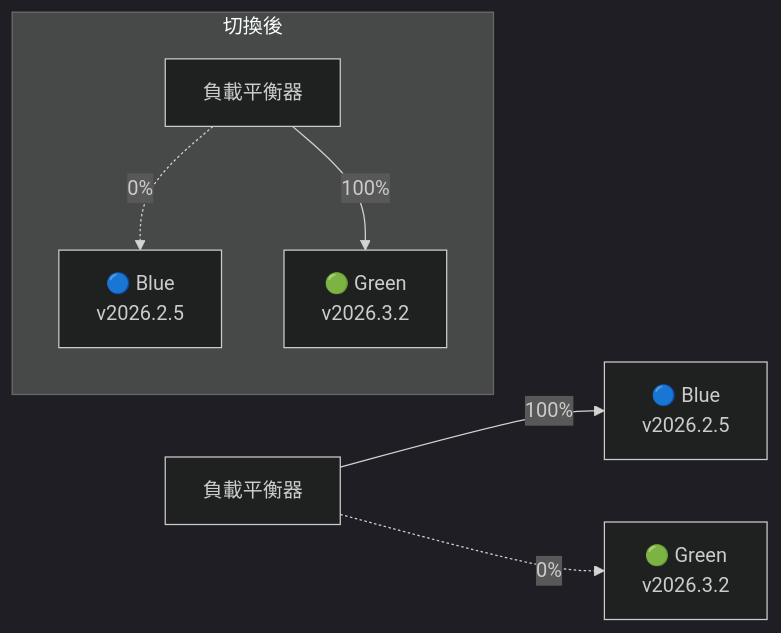
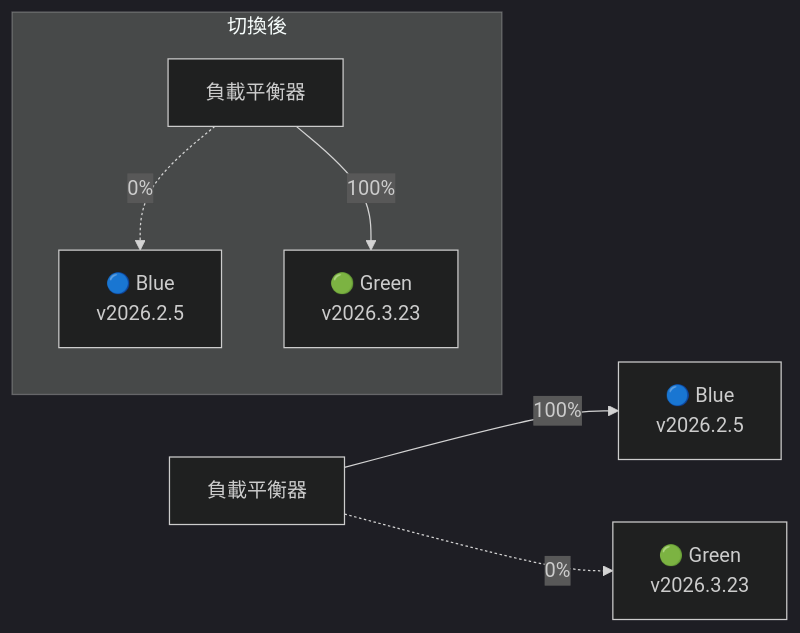
Diagram 36 of 51 in content/posts/教學/AI開發/OpenClaw生態系教學手冊.md (chihhung/Blog), drawn with Mermaid (dark theme) before and after one commit. The commit also changed other lines of this file, not shown here.

````diff
--- a/content/posts/教學/AI開發/OpenClaw生態系教學手冊.md
+++ b/content/posts/教學/AI開發/OpenClaw生態系教學手冊.md
@@ -5941,10 +6111,10 @@
 ```mermaid
 flowchart LR
     LB[負載平衡器] --> |100%| BLUE[🔵 Blue<br>v2026.2.5]
-    LB -.-> |0%| GREEN[🟢 Green<br>v2026.3.2]
+    LB -.-> |0%| GREEN[🟢 Green<br>v2026.3.23]
     
     subgraph "切換後"
         LB2[負載平衡器] -.-> |0%| BLUE2[🔵 Blue<br>v2026.2.5]
-        LB2 --> |100%| GREEN2[🟢 Green<br>v2026.3.2]
+        LB2 --> |100%| GREEN2[🟢 Green<br>v2026.3.23]
     end
 ```
````
